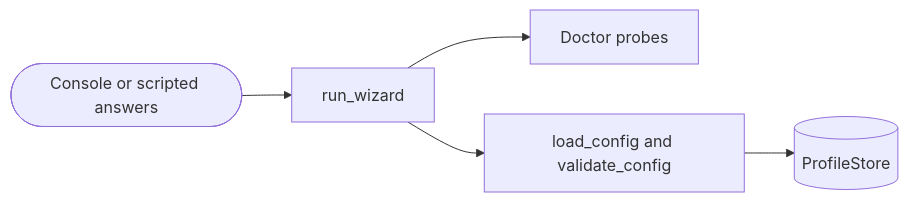
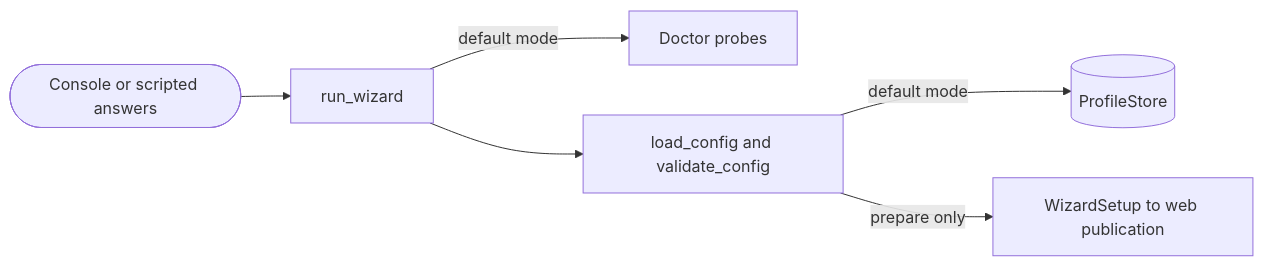
Before and after one commit to DDP-Engineering/AgenticDeliveryOrchestratorRuntimeEngine: the diagram in .agentic/knowledge/wizard.md, drawn with Mermaid. The commit also changed other lines of this file and 23 other files, not shown here.

````diff
--- a/.agentic/knowledge/wizard.md
+++ b/.agentic/knowledge/wizard.md
@@ -56,7 +64,8 @@
 ```mermaid
 flowchart LR
     answers([Console or scripted answers]) --> wizard[run_wizard]
-    wizard --> probes[Doctor probes]
+    wizard -->|default mode| probes[Doctor probes]
     wizard --> validate[load_config and validate_config]
-    validate --> profiles[(ProfileStore)]
+    validate -->|default mode| profiles[(ProfileStore)]
+    validate -->|prepare only| candidate[WizardSetup to web publication]
 ```
````
